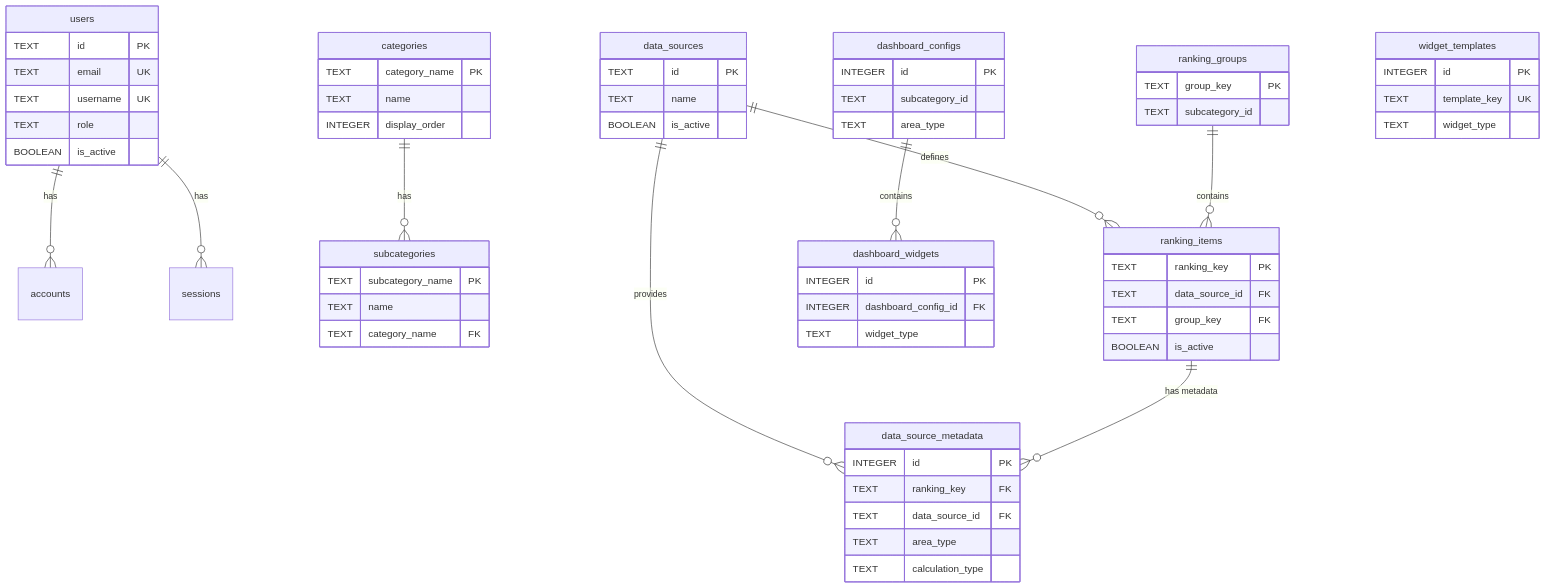
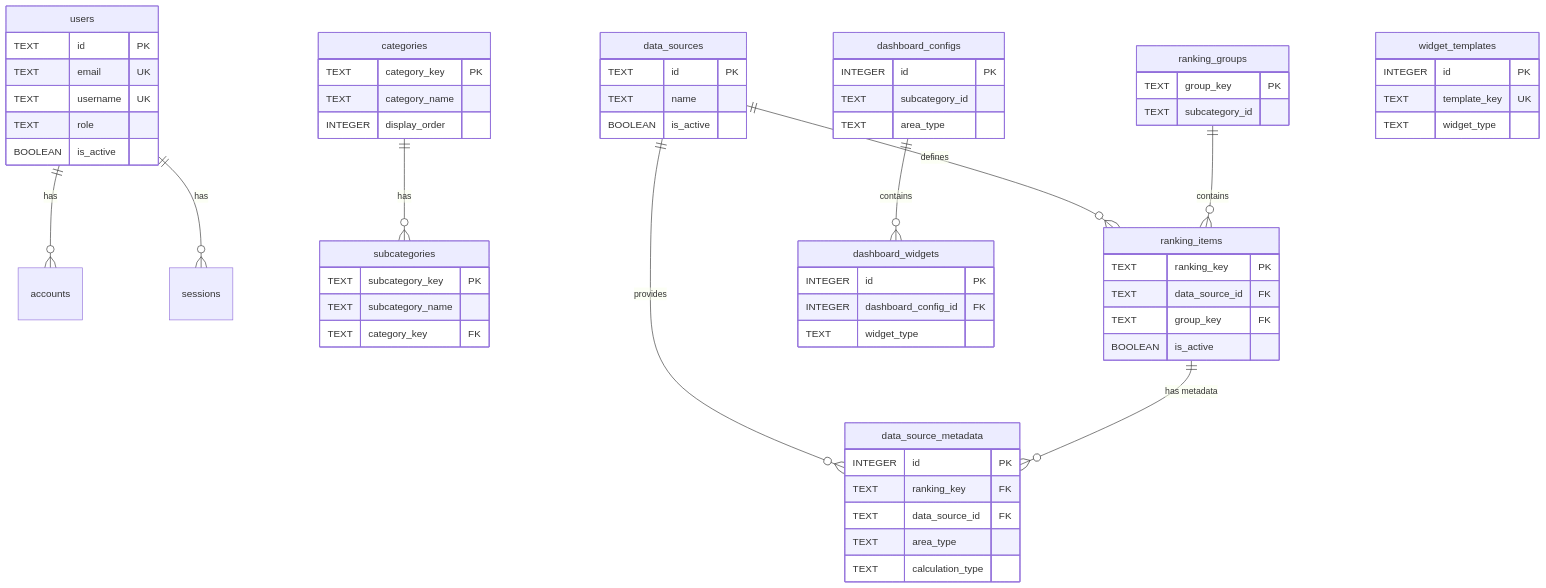
The diagram in docs/01_技術設計/04_インフラ設計/01_データベース設計.md (uruhayato373/stats47), drawn with Mermaid before and after one commit. The commit also changed other lines of this file and 118 other files, not shown here.

````diff
--- a/docs/01_技術設計/04_インフラ設計/01_データベース設計.md
+++ b/docs/01_技術設計/04_インフラ設計/01_データベース設計.md
@@ -451,75 +450,75 @@
 ```mermaid
 erDiagram
     users ||--o{ accounts : "has"
     users ||--o{ sessions : "has"
     categories ||--o{ subcategories : "has"
     data_sources ||--o{ ranking_items : "defines"
     data_sources ||--o{ data_source_metadata : "provides"
     ranking_groups ||--o{ ranking_items : "contains"
     ranking_items ||--o{ data_source_metadata : "has metadata"
     dashboard_configs ||--o{ dashboard_widgets : "contains"
 
     users {
         TEXT id PK
         TEXT email UK
         TEXT username UK
         TEXT role
         BOOLEAN is_active
     }
 
     categories {
-        TEXT category_name PK
-        TEXT name
+        TEXT category_key PK
+        TEXT category_name
         INTEGER display_order
     }
 
     subcategories {
-        TEXT subcategory_name PK
-        TEXT name
-        TEXT category_name FK
+        TEXT subcategory_key PK
+        TEXT subcategory_name
+        TEXT category_key FK
     }
 
     data_sources {
         TEXT id PK
         TEXT name
         BOOLEAN is_active
     }
 
     ranking_items {
         TEXT ranking_key PK
         TEXT data_source_id FK
         TEXT group_key FK
         BOOLEAN is_active
     }
 
     ranking_groups {
         TEXT group_key PK
         TEXT subcategory_id
     }
 
     data_source_metadata {
         INTEGER id PK
         TEXT ranking_key FK
         TEXT data_source_id FK
         TEXT area_type
         TEXT calculation_type
     }
 
     dashboard_configs {
         INTEGER id PK
         TEXT subcategory_id
         TEXT area_type
     }
 
     dashboard_widgets {
         INTEGER id PK
         INTEGER dashboard_config_id FK
         TEXT widget_type
     }
 
     widget_templates {
         INTEGER id PK
         TEXT template_key UK
         TEXT widget_type
     }
 ```
````
